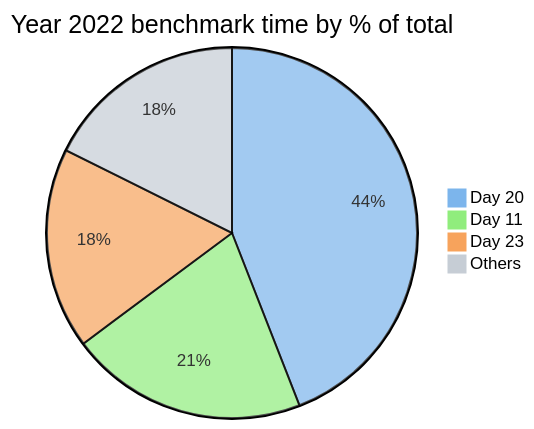
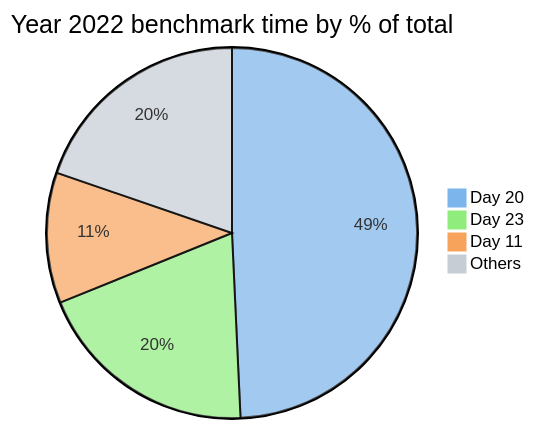
The second of 7 diagrams in README.md (maneatingape/advent-of-code-rust), drawn with Mermaid before and after one commit. The commit also changed other lines of this file and 1 other file, not shown here.

````diff
--- a/README.md
+++ b/README.md
@@ -81,9 +81,9 @@
 ```mermaid
 %%{init: {"themeVariables": { "pie1": "#7cb5ec", "pie2": "#90ed7d", "pie3": "#f7a35c", "pie4": "#c6cdd5"}}}%%
 pie
     title Year 2022 benchmark time by % of total
     "Day 20" : 5067
-    "Day 11" : 2386
     "Day 23" : 2017
+    "Day 11" : 1172
     "Others" : 2029
 ```
````
